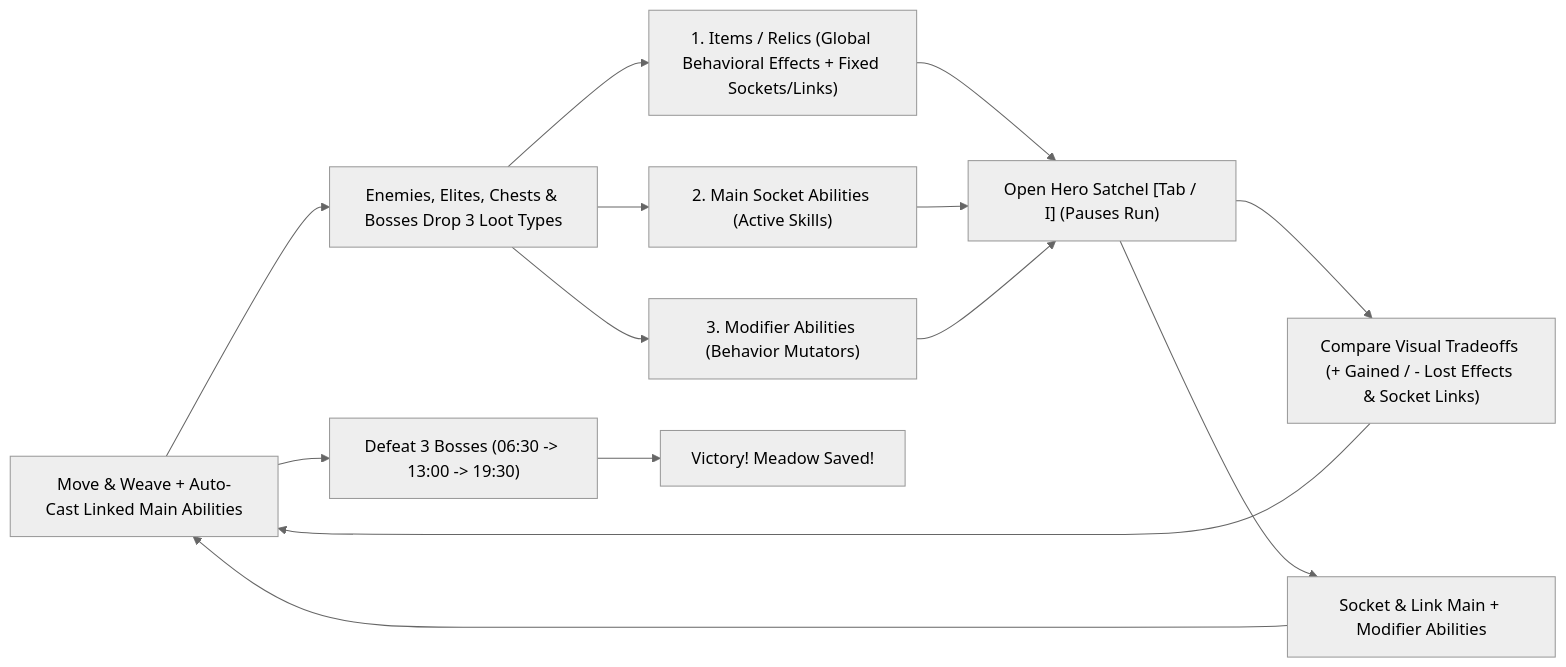
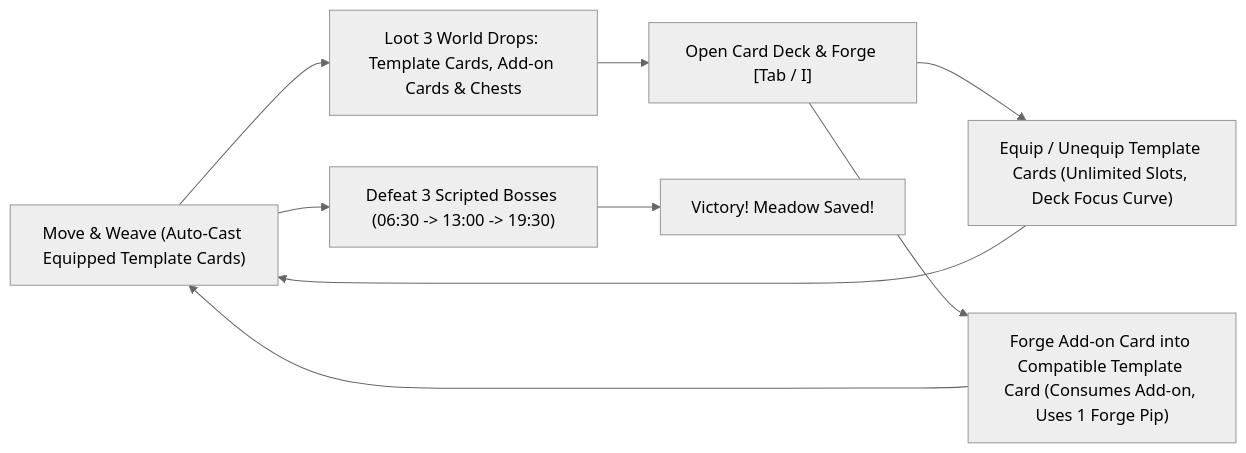
The diagram in docs/GAME_DESIGN_DOCUMENT.md (normandra/paw-and-prism), drawn with Mermaid (neutral theme) before and after one commit. The commit also changed other lines of this file and 38 other files, not shown here.

````diff
--- a/docs/GAME_DESIGN_DOCUMENT.md
+++ b/docs/GAME_DESIGN_DOCUMENT.md
@@ -38,16 +29,11 @@
 ```mermaid
 flowchart LR
-    K["Move & Weave + Auto-Cast Linked Main Abilities"] --> D["Enemies, Elites, Chests & Bosses Drop 3 Loot Types"]
-    D --> L1["1. Items / Relics (Global Behavioral Effects + Fixed Sockets/Links)"]
-    D --> L2["2. Main Socket Abilities (Active Skills)"]
-    D --> L3["3. Modifier Abilities (Behavior Mutators)"]
-    L1 --> B["Open Hero Satchel [Tab / I] (Pauses Run)"]
-    L2 --> B
-    L3 --> B
-    B --> T["Compare Visual Tradeoffs (+ Gained / - Lost Effects & Socket Links)"]
-    B --> S["Socket & Link Main + Modifier Abilities"]
-    T --> K
-    S --> K
-    K --> BO["Defeat 3 Bosses (06:30 -> 13:00 -> 19:30)"]
-    BO --> V["Victory! Meadow Saved!"]
+    M["Move & Weave (Auto-Cast Equipped Template Cards)"] --> L["Loot 3 World Drops: Template Cards, Add-on Cards & Chests"]
+    L --> D["Open Card Deck & Forge [Tab / I]"]
+    D --> E["Equip / Unequip Template Cards (Unlimited Slots, Deck Focus Curve)"]
+    D --> F["Forge Add-on Card into Compatible Template Card (Consumes Add-on, Uses 1 Forge Pip)"]
+    E --> M
+    F --> M
+    M --> B["Defeat 3 Scripted Bosses (06:30 -> 13:00 -> 19:30)"]
+    B --> V["Victory! Meadow Saved!"]
 ```
````
